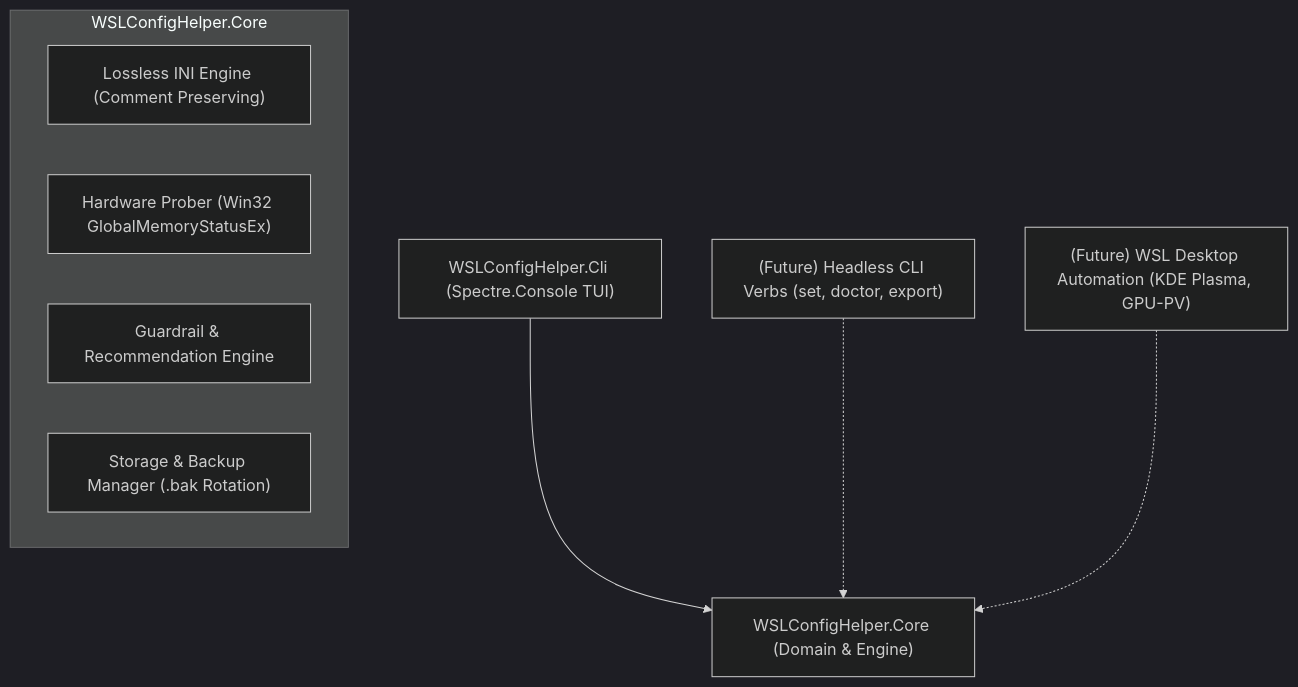
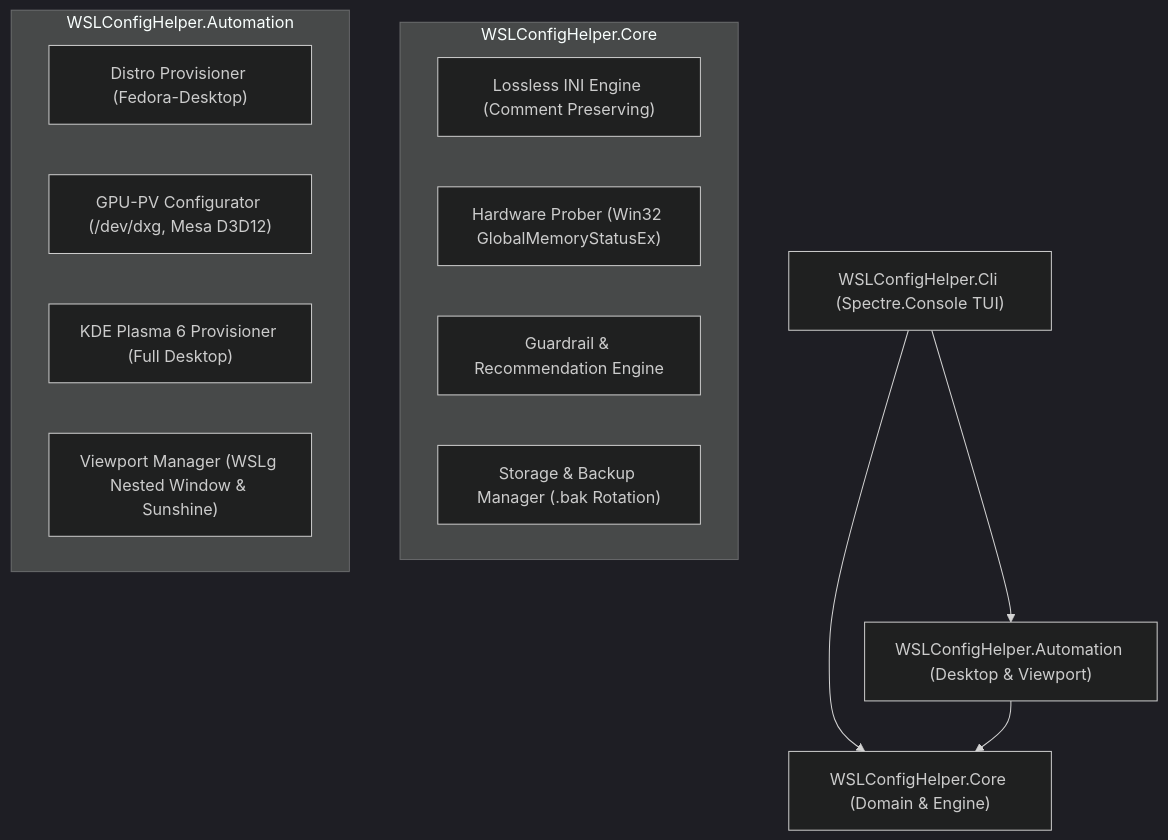
The diagram in README.md (howaldmg/WSLConfigHelper), drawn with Mermaid (dark theme) before and after one commit. The commit also changed other lines of this file and 14 other files, not shown here.

Commit message:
feat(automation): add phased desktop automation, GPU-PV diagnostics, and viewport managers for WSLg and Sunshine

````diff
--- a/README.md
+++ b/README.md
@@ -72,13 +71,20 @@
 ```mermaid
 graph TD
     CLI["WSLConfigHelper.Cli (Spectre.Console TUI)"] --> Core["WSLConfigHelper.Core (Domain & Engine)"]
-    Headless["(Future) Headless CLI Verbs (set, doctor, export)"] -.-> Core
-    Automation["(Future) WSL Desktop Automation (KDE Plasma, GPU-PV)"] -.-> Core
+    CLI --> Auto["WSLConfigHelper.Automation (Desktop & Viewport)"]
+    Auto --> Core
 
     subgraph "WSLConfigHelper.Core"
         IniParser["Lossless INI Engine (Comment Preserving)"]
         Hardware["Hardware Prober (Win32 GlobalMemoryStatusEx)"]
         Guardrails["Guardrail & Recommendation Engine"]
         Storage["Storage & Backup Manager (.bak Rotation)"]
     end
+
+    subgraph "WSLConfigHelper.Automation"
+        DistroMgr["Distro Provisioner (Fedora-Desktop)"]
+        GpuCfg["GPU-PV Configurator (/dev/dxg, Mesa D3D12)"]
+        PlasmaProv["KDE Plasma 6 Provisioner (Full Desktop)"]
+        ViewportMgr["Viewport Manager (WSLg Nested Window & Sunshine)"]
+    end
 ```
````
